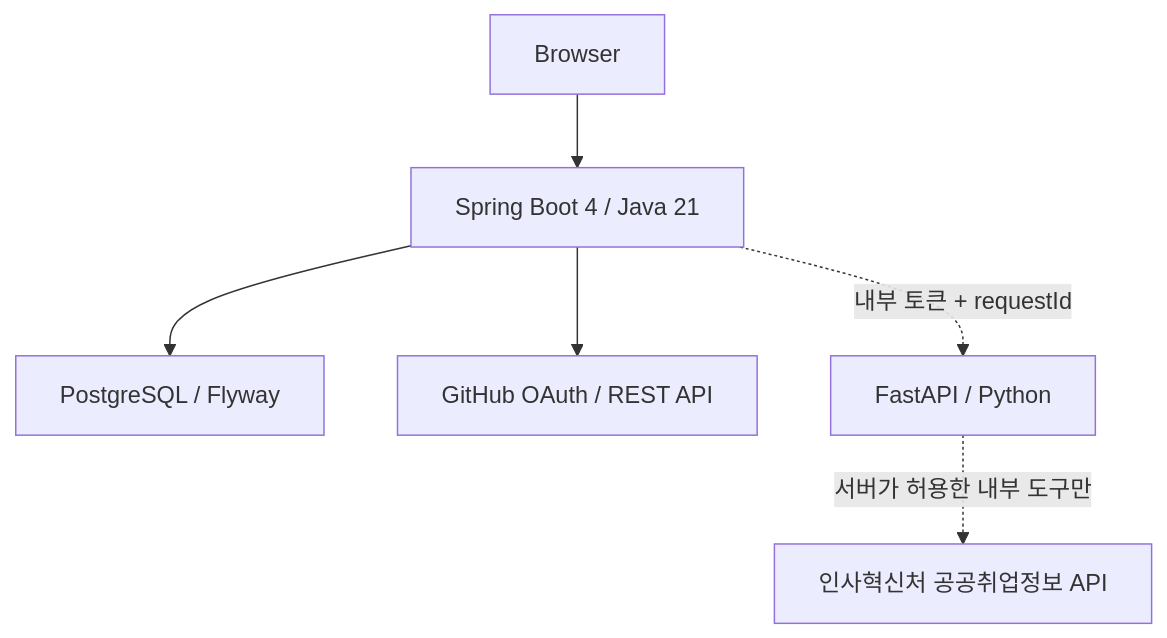
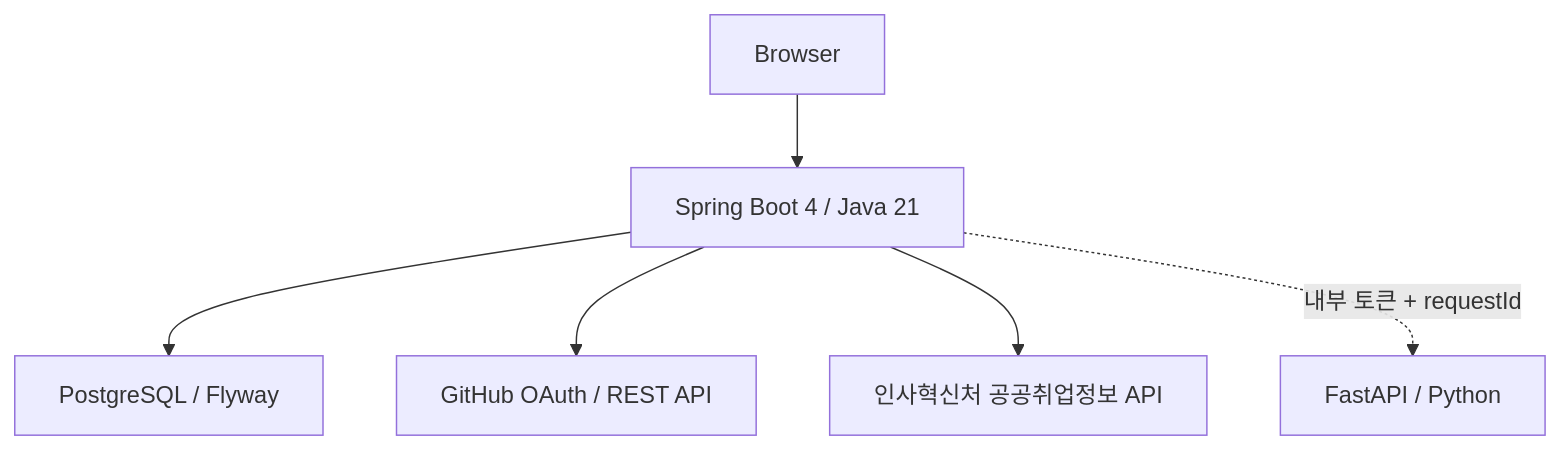
One commit to hwang67120-bit/career-compass-ai changed the second of 3 diagrams in README.md. Above: the diagram before and after it, drawn with Mermaid. The commit also changed other lines of this file and 1 other file, not shown here.

````diff
--- a/README.md
+++ b/README.md
@@ -55,8 +55,8 @@
 ```mermaid
 flowchart TB
     BROWSER["Browser"] --> JAVA["Spring Boot 4 / Java 21"]
     JAVA --> POSTGRES["PostgreSQL / Flyway"]
     JAVA --> GITHUB["GitHub OAuth / REST API"]
+    JAVA --> JOBAPI["인사혁신처 공공취업정보 API"]
     JAVA -. "내부 토큰 + requestId" .-> PYTHON["FastAPI / Python"]
-    PYTHON -. "서버가 허용한 내부 도구만" .-> JOBAPI["인사혁신처 공공취업정보 API"]
 ```
````
